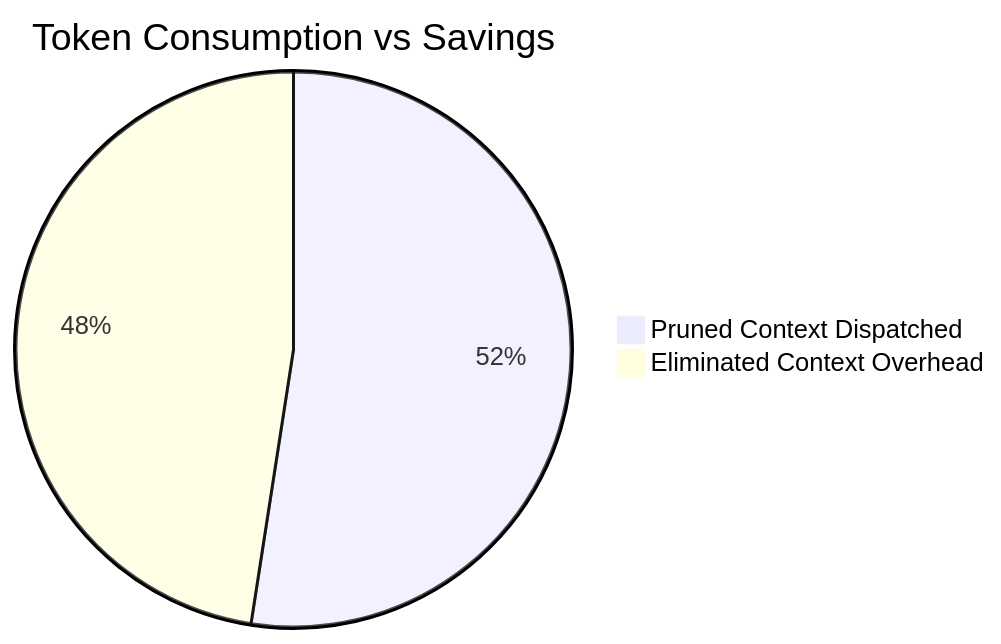
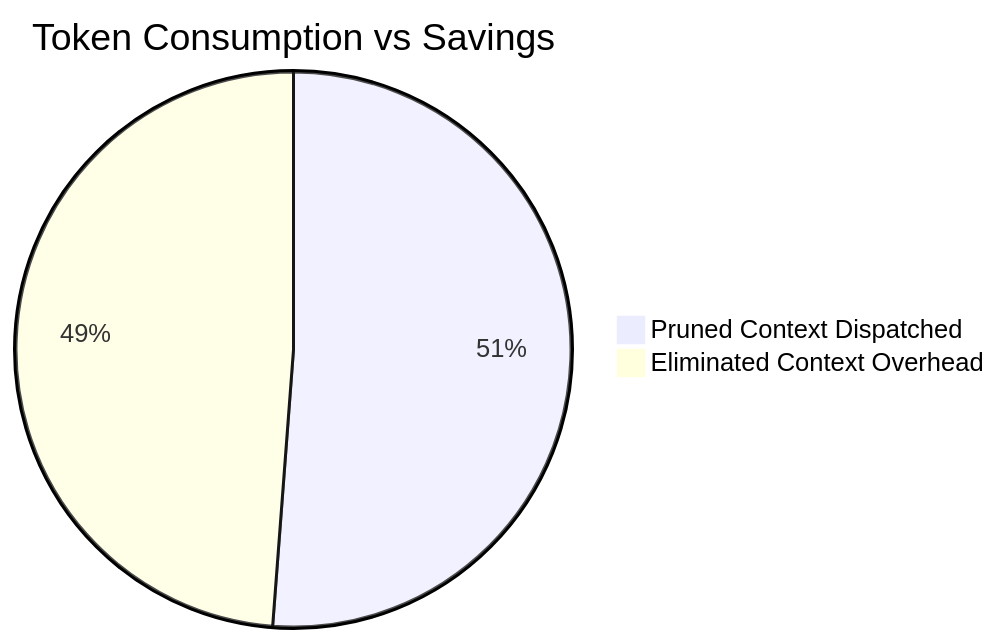
The diagram in workplace/docs/reports/token_savings_report.md (lakhwindersingh/nb_fairyfly), drawn with Mermaid before and after one commit. The commit also changed other lines of this file and 9 other files, not shown here.

````diff
--- a/workplace/docs/reports/token_savings_report.md
+++ b/workplace/docs/reports/token_savings_report.md
@@ -26,5 +26,5 @@
 ```mermaid
 pie title Token Consumption vs Savings
-    "Pruned Context Dispatched" : 127207
-    "Eliminated Context Overhead" : 115336
+    "Pruned Context Dispatched" : 211059
+    "Eliminated Context Overhead" : 201193
 ```
````
